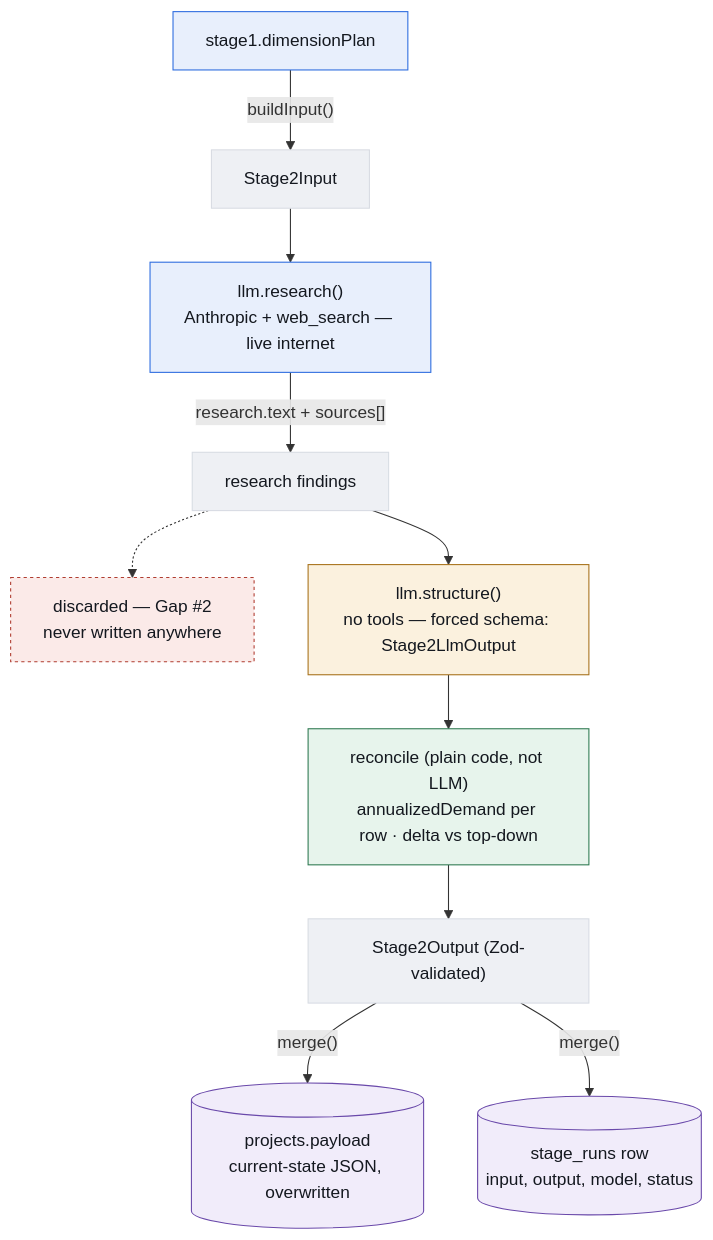
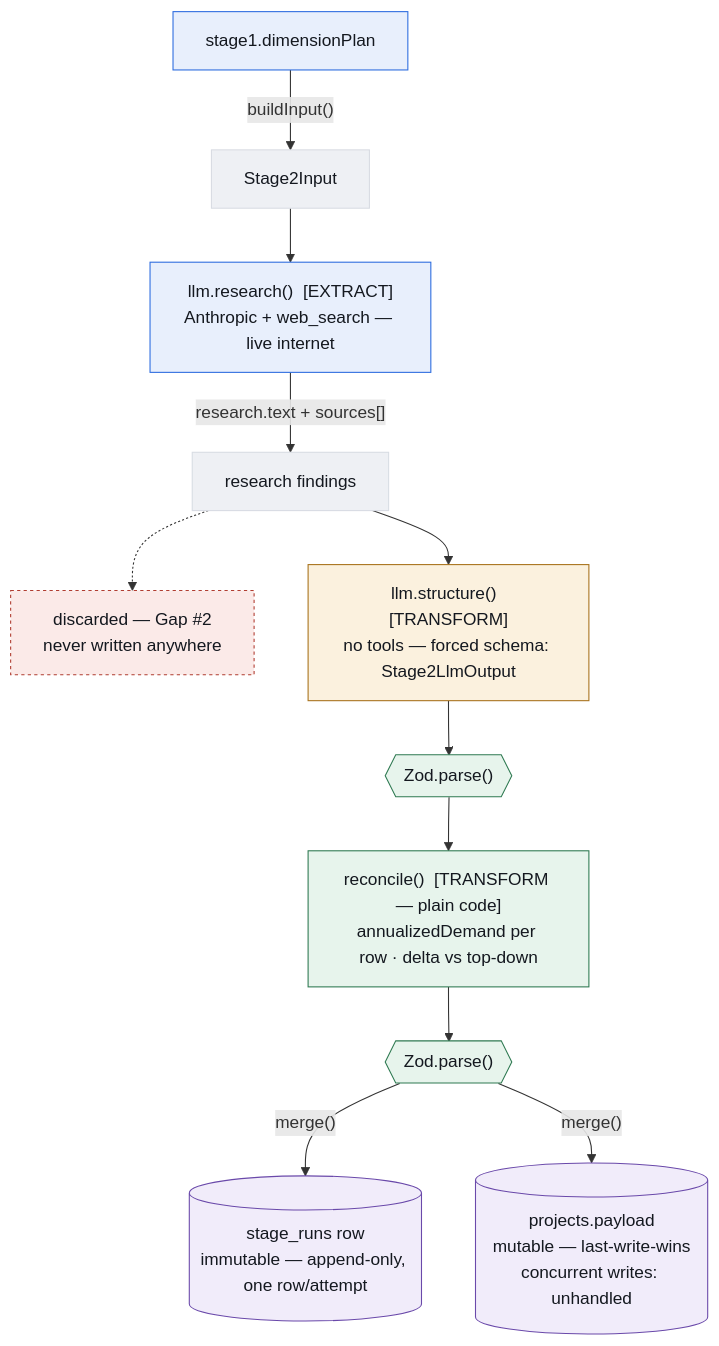
Before and after one commit to DesignProdigySG/dp-money-mountain: the second of 3 diagrams in ARCHITECTURE.md, drawn with Mermaid. The commit also changed other lines of this file, not shown here.

First line of the commit message:
Revise architecture map: layers as the real structural axis (rev. 2)

````diff
--- a/ARCHITECTURE.md
+++ b/ARCHITECTURE.md
@@ -57,27 +72,29 @@
 ```mermaid
 flowchart TD
     upstream["stage1.dimensionPlan"]:::source
     input["Stage2Input"]:::neutral
-    research["llm.research()\nAnthropic + web_search — live internet"]:::source
+    research["llm.research()  [EXTRACT]\nAnthropic + web_search — live internet"]:::source
     found["research findings"]:::neutral
-    discarded["discarded — Gap #2\nnever written anywhere"]:::gap
-    structure["llm.structure()\nno tools — forced schema: Stage2LlmOutput"]:::llm
-    reconcile["reconcile (plain code, not LLM)\nannualizedDemand per row · delta vs top-down"]:::deterministic
-    output["Stage2Output (Zod-validated)"]:::neutral
-    payload[("projects.payload\ncurrent-state JSON, overwritten")]:::sink
-    run[("stage_runs row\ninput, output, model, status")]:::sink
+    discarded["discarded — Gap #2\nnever written anywhere"]:::gapnode
+    structure["llm.structure()  [TRANSFORM]\nno tools — forced schema: Stage2LlmOutput"]:::llm
+    gate1{{"Zod.parse()"}}:::gate
+    reconcile["reconcile()  [TRANSFORM — plain code]\nannualizedDemand per row · delta vs top-down"]:::deterministic
+    gate2{{"Zod.parse()"}}:::gate
+    runs[("stage_runs row\nimmutable — append-only, one row/attempt")]:::sink
+    payload[("projects.payload\nmutable — last-write-wins\nconcurrent writes: unhandled")]:::sink
 
     upstream -- "buildInput()" --> input --> research
     research -- "research.text + sources[]" --> found
     found -.-> discarded
-    found --> structure --> reconcile --> output
-    output -- "merge()" --> payload
-    output -- "merge()" --> run
+    found --> structure --> gate1 --> reconcile --> gate2
+    gate2 -- "merge()" --> runs
+    gate2 -- "merge()" --> payload
 
     classDef source fill:#e8effc,stroke:#2d6cdf,color:#14181f
     classDef llm fill:#fbf1de,stroke:#a8721c,color:#14181f
     classDef deterministic fill:#e7f4ec,stroke:#2f7a52,color:#14181f
+    classDef gate fill:#e7f4ec,stroke:#2f7a52,color:#14181f
     classDef sink fill:#f1ecfa,stroke:#6a49aa,color:#14181f
-    classDef gap fill:#fbeae8,stroke:#b03d31,color:#14181f,stroke-dasharray: 3 3
+    classDef gapnode fill:#fbeae8,stroke:#b03d31,color:#14181f,stroke-dasharray: 3 3
     classDef neutral fill:#eef0f4,stroke:#d8dce3,color:#14181f
 ```
````
